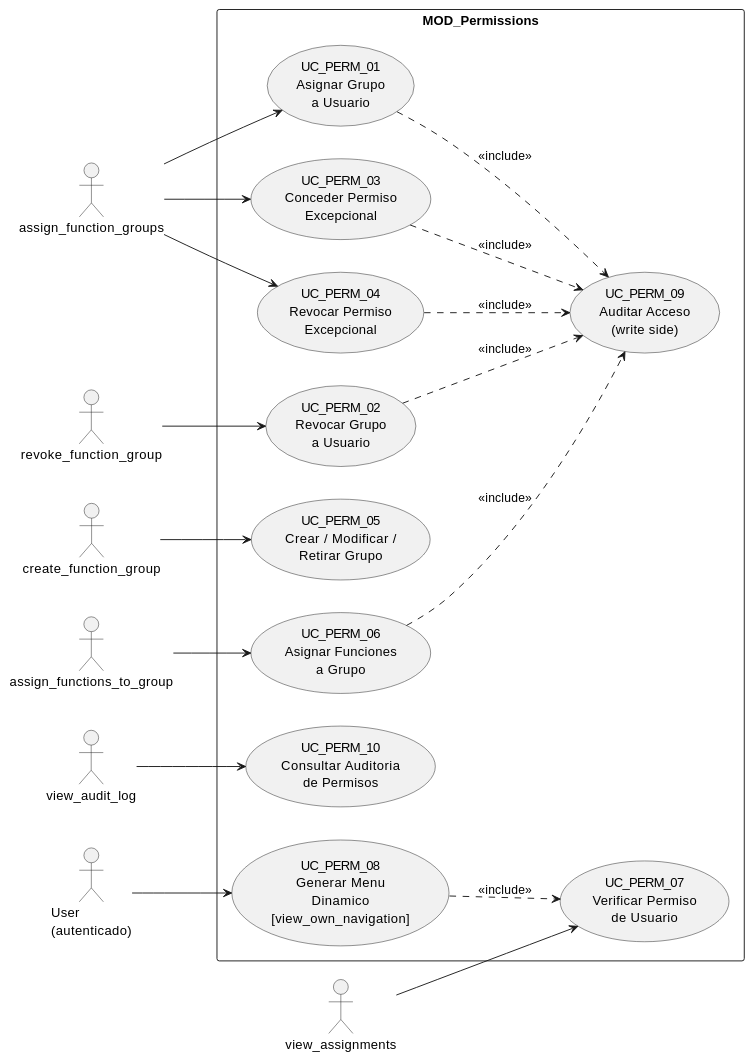
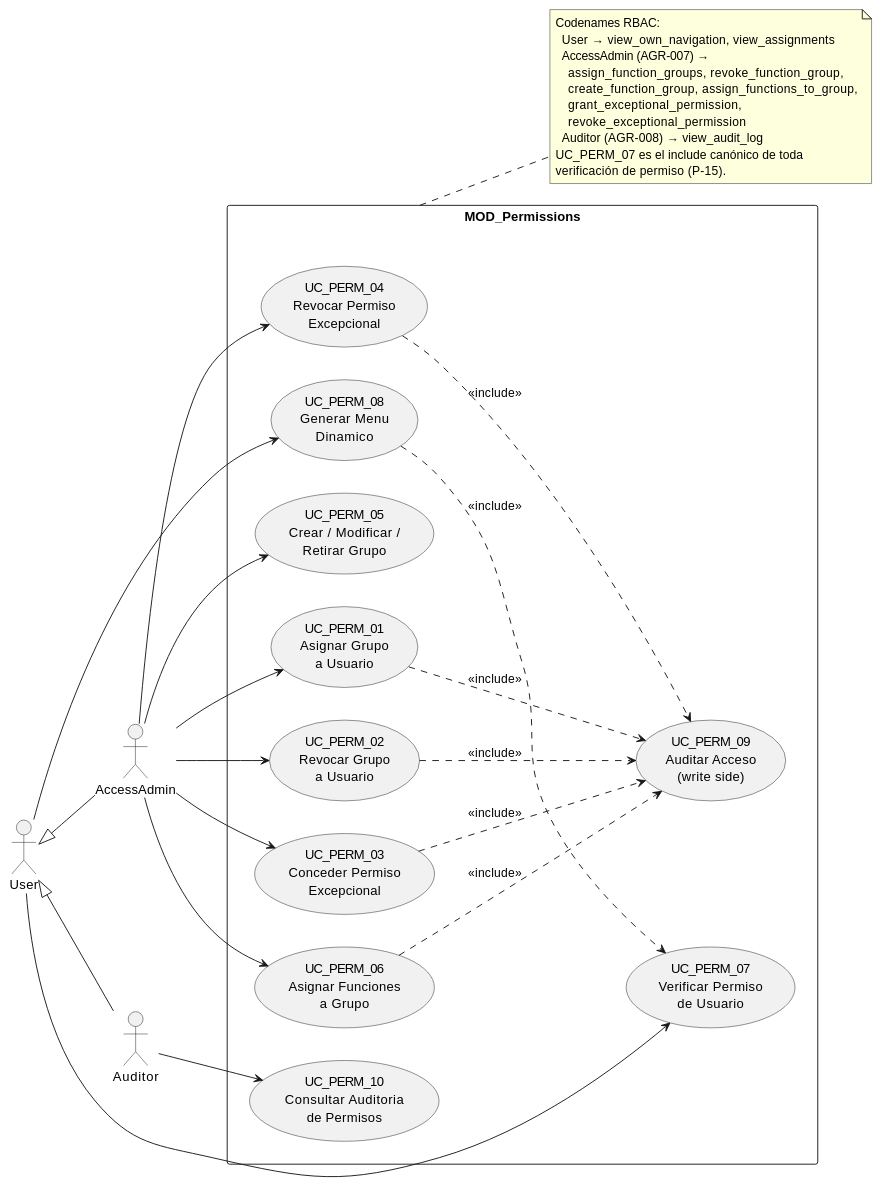
The diagram in source/arquitectura-tecnica/use-case-view/uc-permissions.rst (jcg-admin/IACT-docs), drawn with PlantUML before and after one commit. The commit also changed other lines of this file and 30 other files, not shown here.

First line of the commit message:
Apply UML-07 conformance to use-case-view: actors as roles

```diff
--- a/source/arquitectura-tecnica/use-case-view/uc-permissions.rst
+++ b/source/arquitectura-tecnica/use-case-view/uc-permissions.rst
@@ -26,45 +23,60 @@
 .. uml::
- :caption: Figura 19 — MOD_Permissions: casos de uso
+ :caption: MOD_Permissions — AccessAdmin gestiona;
+           User autenticado consume verificación y menú.
 
  @startuml
  left to right direction
 
- actor "assign_function_groups" as assign_function_groups
- actor "revoke_function_group" as revoke_function_group
- actor "create_function_group" as create_function_group
- actor "assign_functions_to_group" as assign_functions_to_group
- actor "view_assignments" as view_assignments
- actor "view_audit_log" as view_audit_log
- actor "User\n(autenticado)" as user_autenticado
+ actor User
+ actor AccessAdmin
+ actor Auditor
+
+ User <|-- AccessAdmin
+ User <|-- Auditor
 
  rectangle "MOD_Permissions" {
    usecase "UC_PERM_01\nAsignar Grupo\na Usuario" as ASIGNAR_GRUPO
    usecase "UC_PERM_02\nRevocar Grupo\na Usuario" as REVOCAR_GRUPO
    usecase "UC_PERM_03\nConceder Permiso\nExcepcional" as CONCEDER_PERMISO_EXCEPCIONAL
    usecase "UC_PERM_04\nRevocar Permiso\nExcepcional" as REVOCAR_PERMISO_EXCEPCIONAL
    usecase "UC_PERM_05\nCrear / Modificar /\nRetirar Grupo" as GESTIONAR_GRUPO_ACCESO
    usecase "UC_PERM_06\nAsignar Funciones\na Grupo" as ASIGNAR_FUNCIONES_GRUPO
    usecase "UC_PERM_07\nVerificar Permiso\nde Usuario" as VERIFICAR_PERMISO_USUARIO
-   usecase "UC_PERM_08\nGenerar Menu\nDinamico\n[view_own_navigation]" as GENERAR_MENU_DINAMICO
+   usecase "UC_PERM_08\nGenerar Menu\nDinamico" as GENERAR_MENU_DINAMICO
    usecase "UC_PERM_09\nAuditar Acceso\n(write side)" as AUDITAR_ACCESO
    usecase "UC_PERM_10\nConsultar Auditoria\nde Permisos" as AUDITORIA_ACCESO
  }
 
- assign_function_groups --> ASIGNAR_GRUPO
- revoke_function_group --> REVOCAR_GRUPO
- assign_function_groups --> CONCEDER_PERMISO_EXCEPCIONAL
- assign_function_groups --> REVOCAR_PERMISO_EXCEPCIONAL
- create_function_group --> GESTIONAR_GRUPO_ACCESO
- assign_functions_to_group --> ASIGNAR_FUNCIONES_GRUPO
- view_assignments --> VERIFICAR_PERMISO_USUARIO
- user_autenticado --> GENERAR_MENU_DINAMICO
- view_audit_log --> AUDITORIA_ACCESO
+ User --> GENERAR_MENU_DINAMICO
+ User --> VERIFICAR_PERMISO_USUARIO
+
+ AccessAdmin --> ASIGNAR_GRUPO
+ AccessAdmin --> REVOCAR_GRUPO
+ AccessAdmin --> CONCEDER_PERMISO_EXCEPCIONAL
+ AccessAdmin --> REVOCAR_PERMISO_EXCEPCIONAL
+ AccessAdmin --> GESTIONAR_GRUPO_ACCESO
+ AccessAdmin --> ASIGNAR_FUNCIONES_GRUPO
+
+ Auditor --> AUDITORIA_ACCESO
 
  ASIGNAR_GRUPO ..> AUDITAR_ACCESO : <<include>>
  REVOCAR_GRUPO ..> AUDITAR_ACCESO : <<include>>
  CONCEDER_PERMISO_EXCEPCIONAL ..> AUDITAR_ACCESO : <<include>>
  REVOCAR_PERMISO_EXCEPCIONAL ..> AUDITAR_ACCESO : <<include>>
  ASIGNAR_FUNCIONES_GRUPO ..> AUDITAR_ACCESO : <<include>>
  GENERAR_MENU_DINAMICO ..> VERIFICAR_PERMISO_USUARIO : <<include>>
 
+ note right of MOD_Permissions
+   Codenames RBAC:
+     User → view_own_navigation, view_assignments
+     AccessAdmin (AGR-007) →
+       assign_function_groups, revoke_function_group,
+       create_function_group, assign_functions_to_group,
+       grant_exceptional_permission,
+       revoke_exceptional_permission
+     Auditor (AGR-008) → view_audit_log
+   UC_PERM_07 es el include canónico de toda
+   verificación de permiso (P-15).
+ end note
+
  @enduml
```
